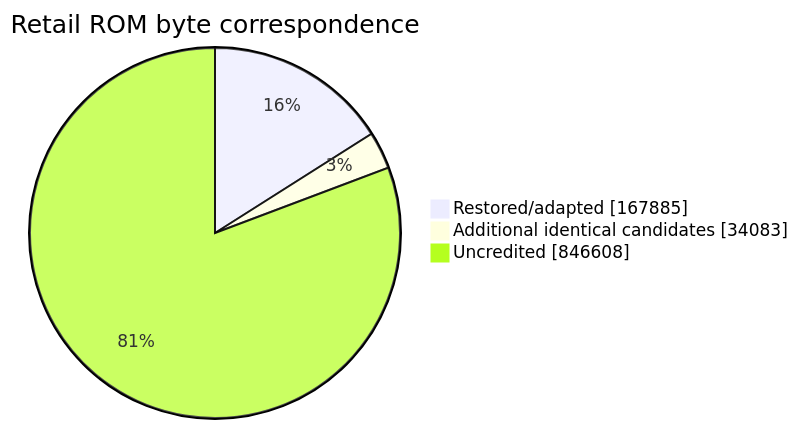
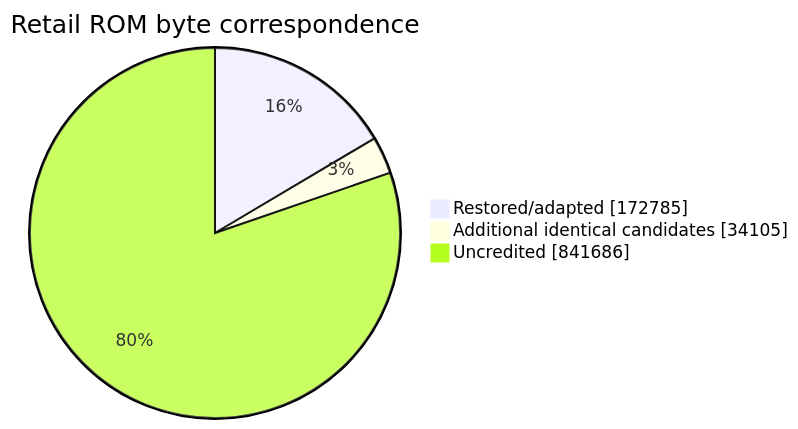
Before and after one commit to NachtRaveVL/stuntracefx: the second of 2 diagrams in readme.md, drawn with Mermaid. The commit also changed other lines of this file and 6 other files, not shown here.

````diff
--- a/readme.md
+++ b/readme.md
@@ -108,7 +108,7 @@
 ```mermaid
 pie showData
     title Retail ROM byte correspondence
-    "Restored/adapted" : 167885
-    "Additional identical candidates" : 34083
-    "Uncredited" : 846608
+    "Restored/adapted" : 172785
+    "Additional identical candidates" : 34105
+    "Uncredited" : 841686
 ```
````
